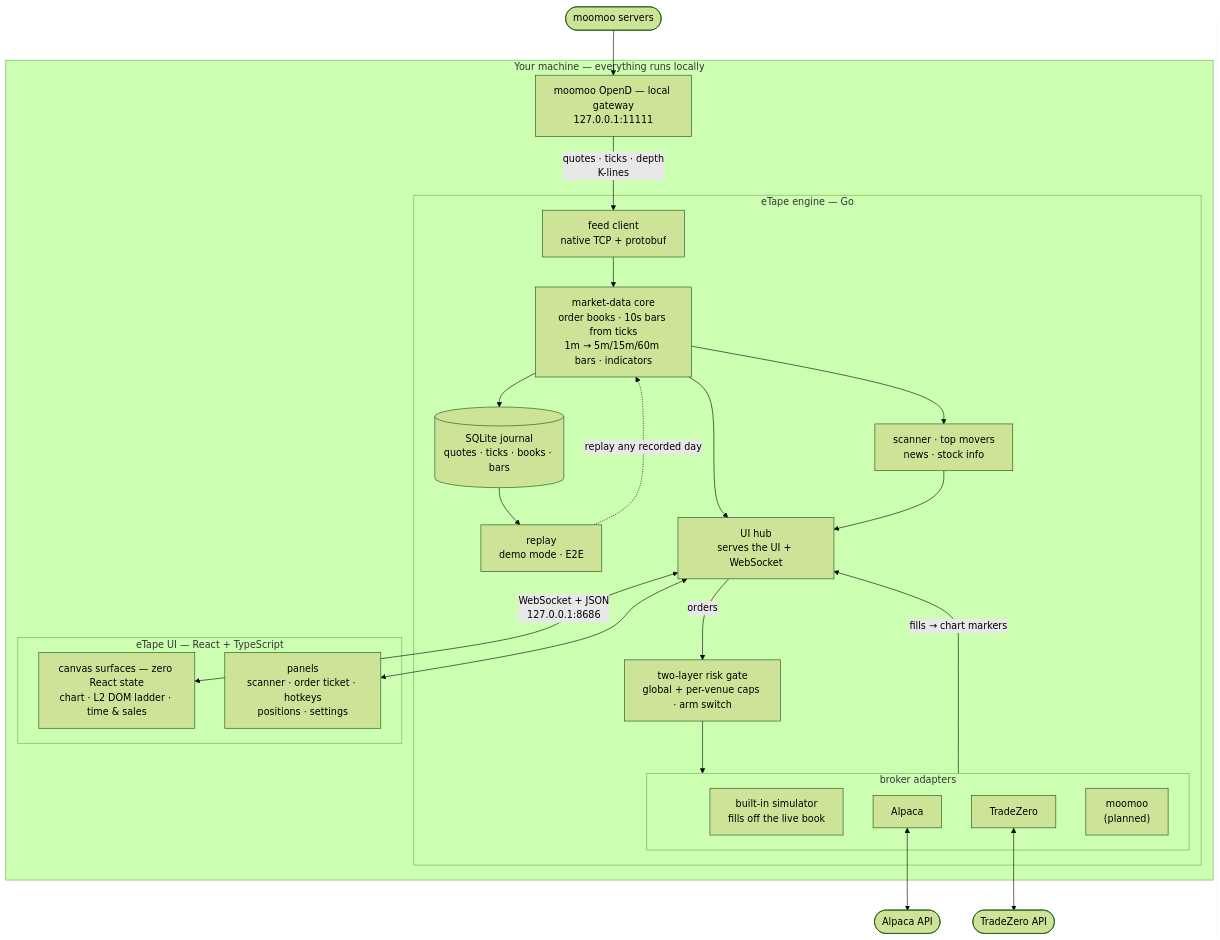
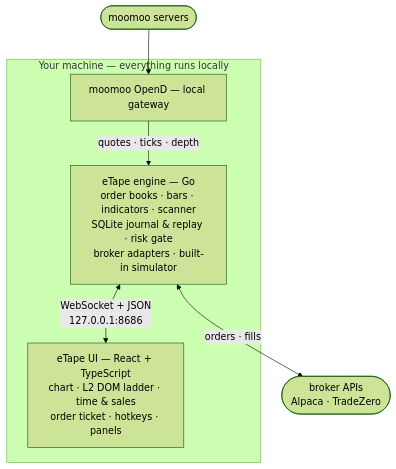
One commit to earlisreal/eTape changed the diagram in README.md. Above: the diagram before and after it, drawn with Mermaid (forest theme).

Commit message:
docs(readme): simplify architecture diagram to high-level view

````diff
--- a/README.md
+++ b/README.md
@@ -93,50 +93,17 @@
 ```mermaid
 flowchart TB
     MOOSRV(["moomoo servers"])
 
     subgraph MACHINE["Your machine — everything runs locally"]
-        OPEND["moomoo OpenD — local gateway<br/>127.0.0.1:11111"]
-
-        subgraph ENGINE["eTape engine — Go"]
-            FEED["feed client<br/>native TCP + protobuf"]
-            MD["market-data core<br/>order books · 10s bars from ticks<br/>1m → 5m/15m/60m bars · indicators"]
-            CTX["scanner · top movers<br/>news · stock info"]
-            DB[("SQLite journal<br/>quotes · ticks · books · bars")]
-            REPLAY["replay<br/>demo mode · E2E"]
-            HUB["UI hub<br/>serves the UI + WebSocket"]
-            GATE["two-layer risk gate<br/>global + per-venue caps · arm switch"]
-
-            subgraph VENUES["broker adapters"]
-                SIM["built-in simulator<br/>fills off the live book"]
-                ALP["Alpaca"]
-                TZ["TradeZero"]
-                MOOX["moomoo<br/>(planned)"]
-            end
-        end
-
-        subgraph UI["eTape UI — React + TypeScript"]
-            CANVAS["canvas surfaces — zero React state<br/>chart · L2 DOM ladder · time & sales"]
-            PANELS["panels<br/>scanner · order ticket · hotkeys<br/>positions · settings"]
-        end
+        OPEND["moomoo OpenD — local gateway"]
+        ENGINE["eTape engine — Go<br/>order books · bars · indicators · scanner<br/>SQLite journal & replay · risk gate<br/>broker adapters · built-in simulator"]
+        UI["eTape UI — React + TypeScript<br/>chart · L2 DOM ladder · time & sales<br/>order ticket · hotkeys · panels"]
     end
 
-    ALPAPI(["Alpaca API"])
-    TZAPI(["TradeZero API"])
+    BROKERS(["broker APIs<br/>Alpaca · TradeZero"])
 
     MOOSRV --> OPEND
-    OPEND -->|"quotes · ticks · depth<br/>K-lines"| FEED
-    FEED --> MD
-    MD --> CTX
-    MD --> DB
-    DB --> REPLAY
-    REPLAY -.->|"replay any recorded day"| MD
-    MD --> HUB
-    CTX --> HUB
-    HUB <-->|"WebSocket + JSON<br/>127.0.0.1:8686"| CANVAS
-    HUB <--> PANELS
-    HUB -->|"orders"| GATE
-    GATE --> VENUES
-    VENUES -->|"fills → chart markers"| HUB
-    ALP <--> ALPAPI
-    TZ <--> TZAPI
+    OPEND -->|"quotes · ticks · depth"| ENGINE
+    ENGINE <-->|"WebSocket + JSON<br/>127.0.0.1:8686"| UI
+    ENGINE <-->|"orders · fills"| BROKERS
 ```
````
